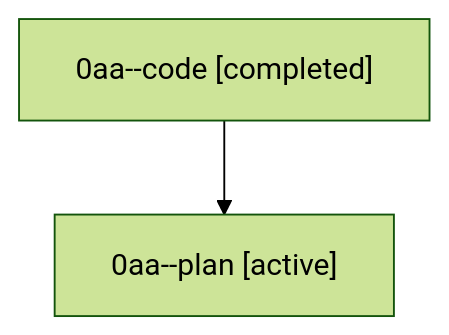
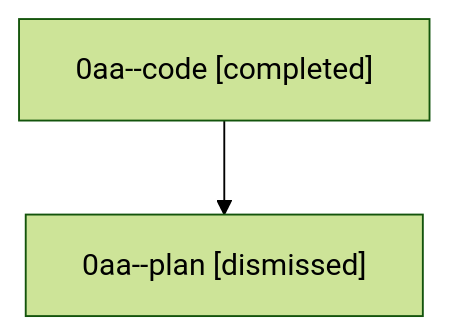
One commit to sase-org/sase--agents changed the diagram in sessions/bbugyi200.athena.0aa.md. Above: the diagram before and after it, drawn with Mermaid (forest theme). The commit also changed other lines of this file and 28 other files, not shown here.

````diff
--- a/sessions/bbugyi200.athena.0aa.md
+++ b/sessions/bbugyi200.athena.0aa.md
@@ -9,6 +9,6 @@
 ```mermaid
 flowchart TD
   n0["0aa--code [completed]"]
-  n1["0aa--plan [active]"]
+  n1["0aa--plan [dismissed]"]
   n0 --> n1
 ```
````
